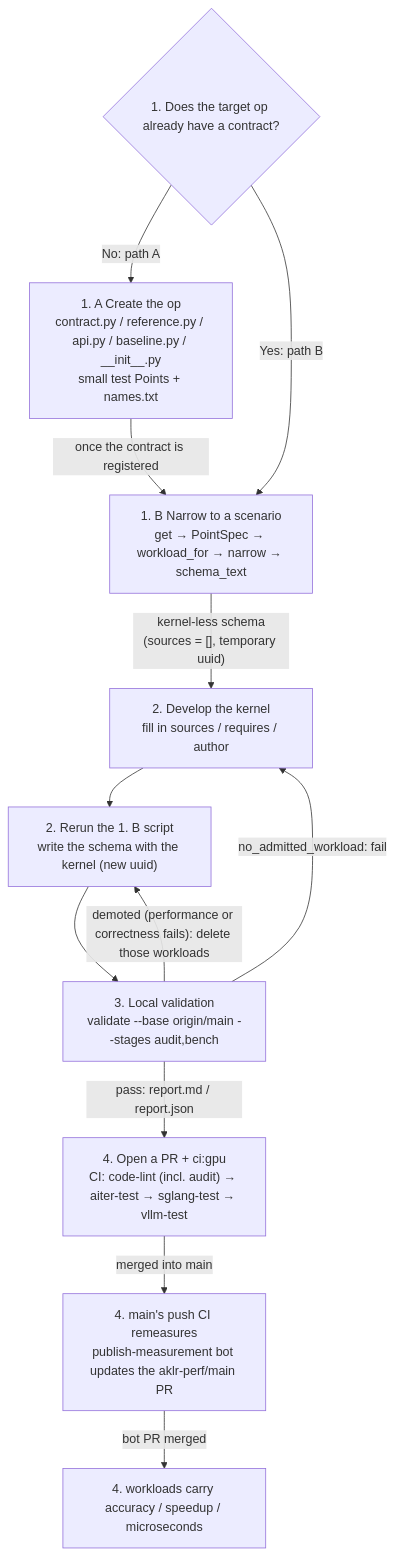
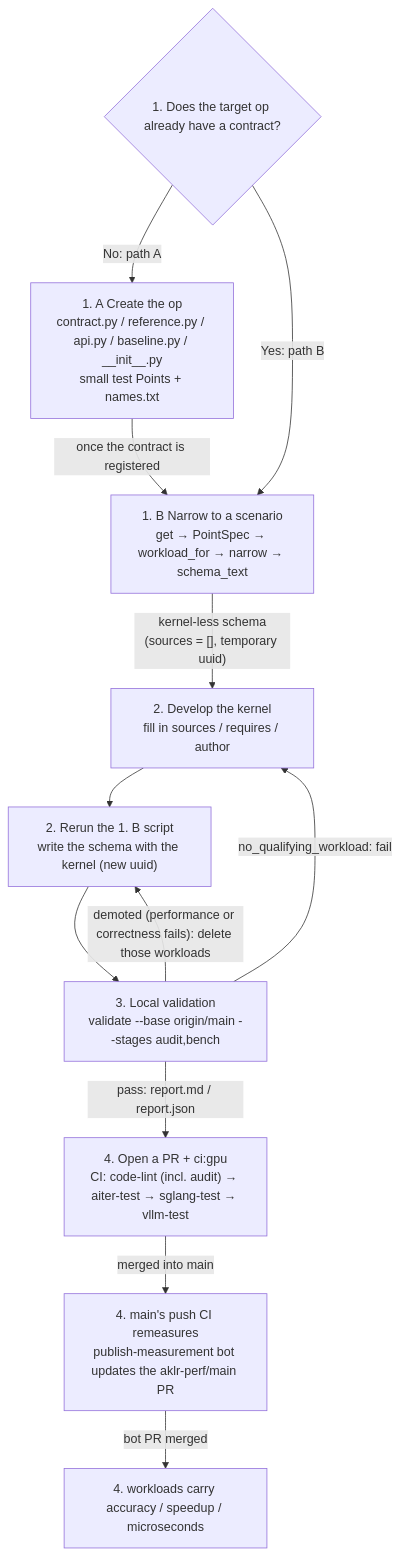
Before and after one commit to AMD-AGI/AKLR: the diagram in docs/ops_tutorial.md, drawn with Mermaid. The commit also changed other lines of this file and 13 other files, not shown here.

Commit message:
refactor(validation): keep main's finding code no_qualifying_workload

````diff
--- a/docs/ops_tutorial.md
+++ b/docs/ops_tutorial.md
@@ -13,14 +13,14 @@
 ```mermaid
 flowchart TD
     S{"1. Does the target op already have a contract?"} -->|"No: path A"| A["1. A Create the op<br/>contract.py / reference.py / api.py / baseline.py / __init__.py<br/>small test Points + names.txt"]
     S -->|"Yes: path B"| B["1. B Narrow to a scenario<br/>get → PointSpec → workload_for → narrow → schema_text"]
     A -->|"once the contract is registered"| B
     B -->|"kernel-less schema<br/>(sources = [], temporary uuid)"| D["2. Develop the kernel<br/>fill in sources / requires / author"]
     D --> R["2. Rerun the 1. B script<br/>write the schema with the kernel (new uuid)"]
     R --> V["3. Local validation<br/>validate --base origin/main --stages audit,bench"]
-    V -->|"no_admitted_workload: fail"| D
+    V -->|"no_qualifying_workload: fail"| D
     V -->|"demoted (performance or correctness fails): delete those workloads"| R
     V -->|"pass: report.md / report.json"| P["4. Open a PR + ci:gpu<br/>CI: code-lint (incl. audit) → aiter-test → sglang-test → vllm-test"]
     P -->|"merged into main"| M["4. main's push CI remeasures<br/>publish-measurement bot updates the aklr-perf/main PR"]
     M -->|"bot PR merged"| N["4. workloads carry accuracy / speedup / microseconds"]
 ```
````
